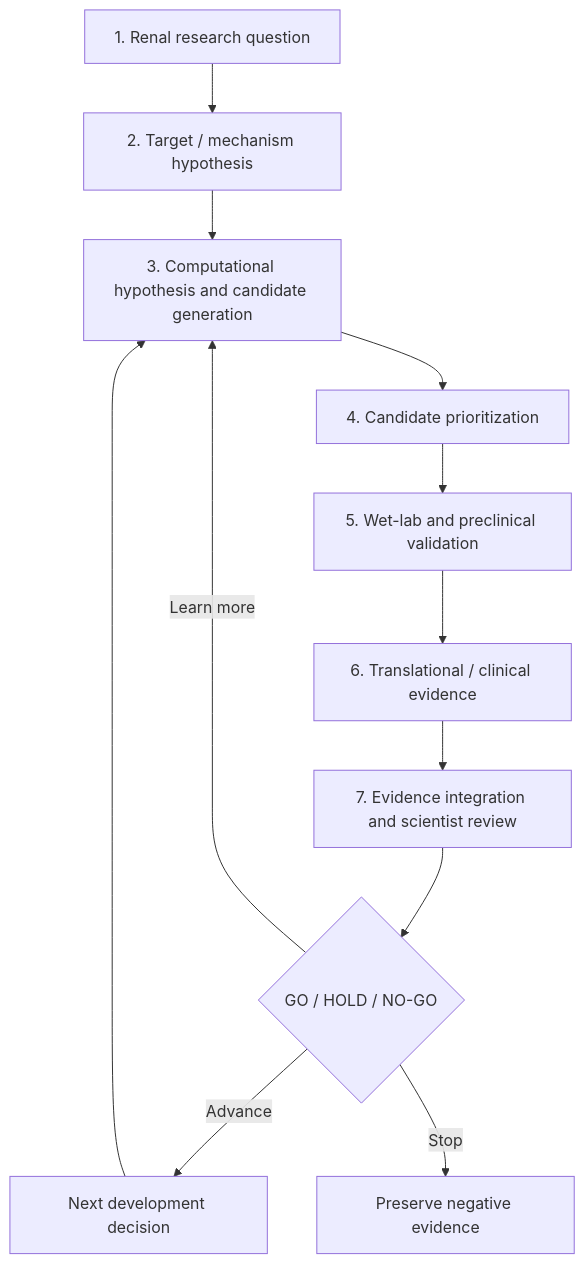
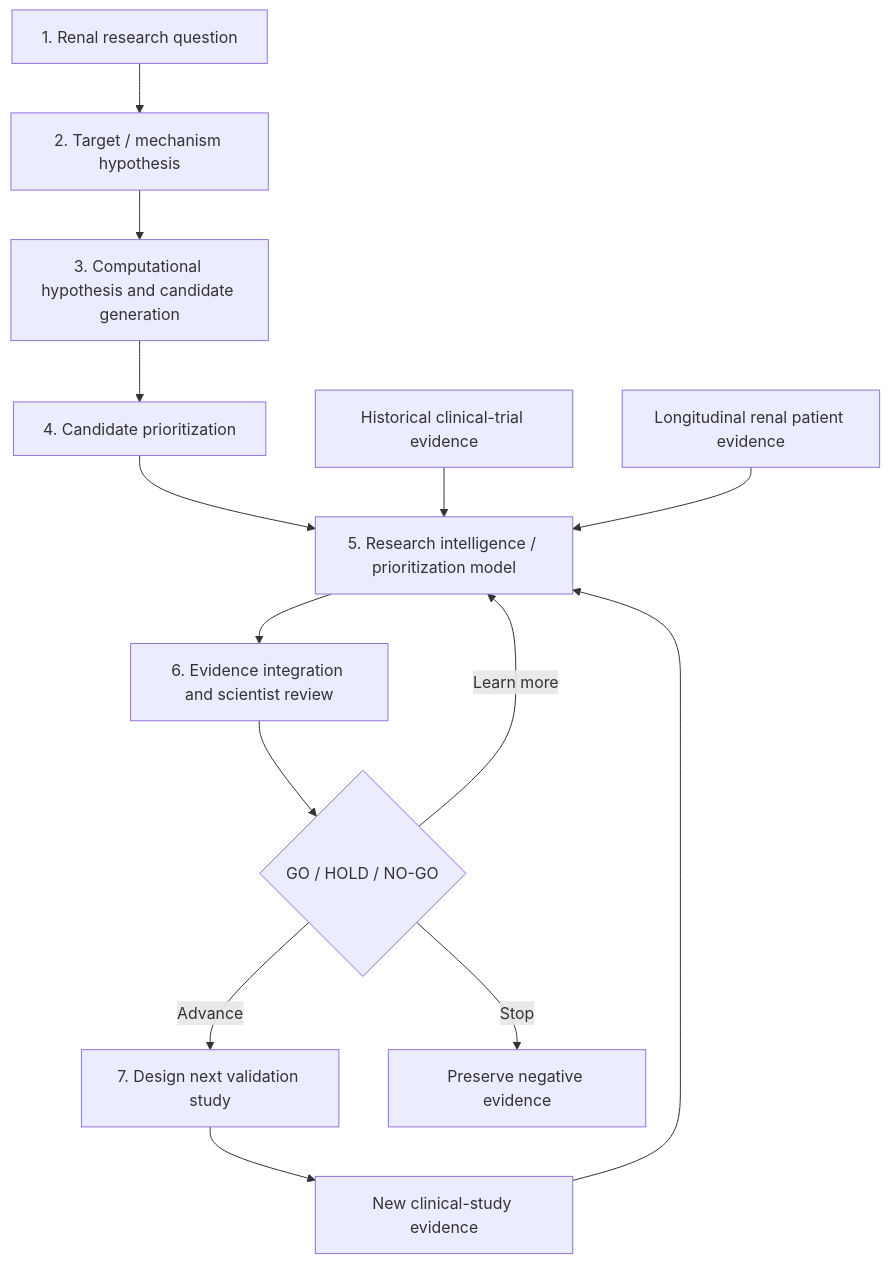
The first of 2 diagrams in docs/PIPELINE.md (fmlin0429712024/synthetic-in-silico-research-loop), drawn with Mermaid before and after one commit. The commit also changed other lines of this file and 4 other files, not shown here.

Commit message:
Model clinical evidence feedback loop

````diff
--- a/docs/PIPELINE.md
+++ b/docs/PIPELINE.md
@@ -5,14 +5,16 @@
 ```mermaid
 flowchart TD
     A[1. Renal research question] --> B[2. Target / mechanism hypothesis]
     B --> C[3. Computational hypothesis and candidate generation]
     C --> D[4. Candidate prioritization]
-    D --> E[5. Wet-lab and preclinical validation]
-    E --> F[6. Translational / clinical evidence]
-    F --> G[7. Evidence integration and scientist review]
+    D --> E[5. Research intelligence / prioritization model]
+    T[Historical clinical-trial evidence] --> E
+    P[Longitudinal renal patient evidence] --> E
+    E --> G[6. Evidence integration and scientist review]
     G --> H{GO / HOLD / NO-GO}
-    H -->|Advance| I[Next development decision]
-    H -->|Learn more| C
+    H -->|Advance| I[7. Design next validation study]
+    I --> N[New clinical-study evidence]
+    N --> E
+    H -->|Learn more| E
     H -->|Stop| J[Preserve negative evidence]
-    I --> C
 ```
````
